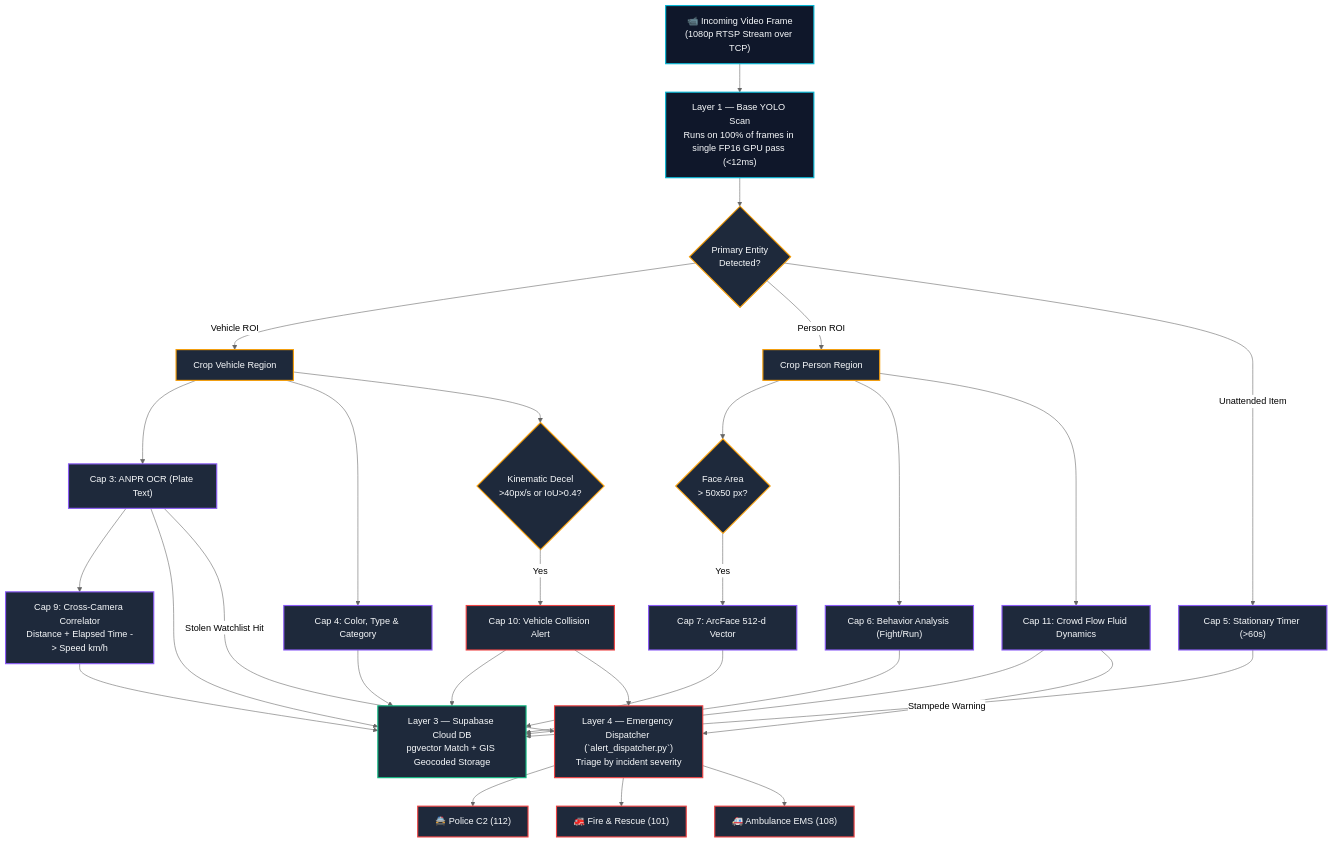
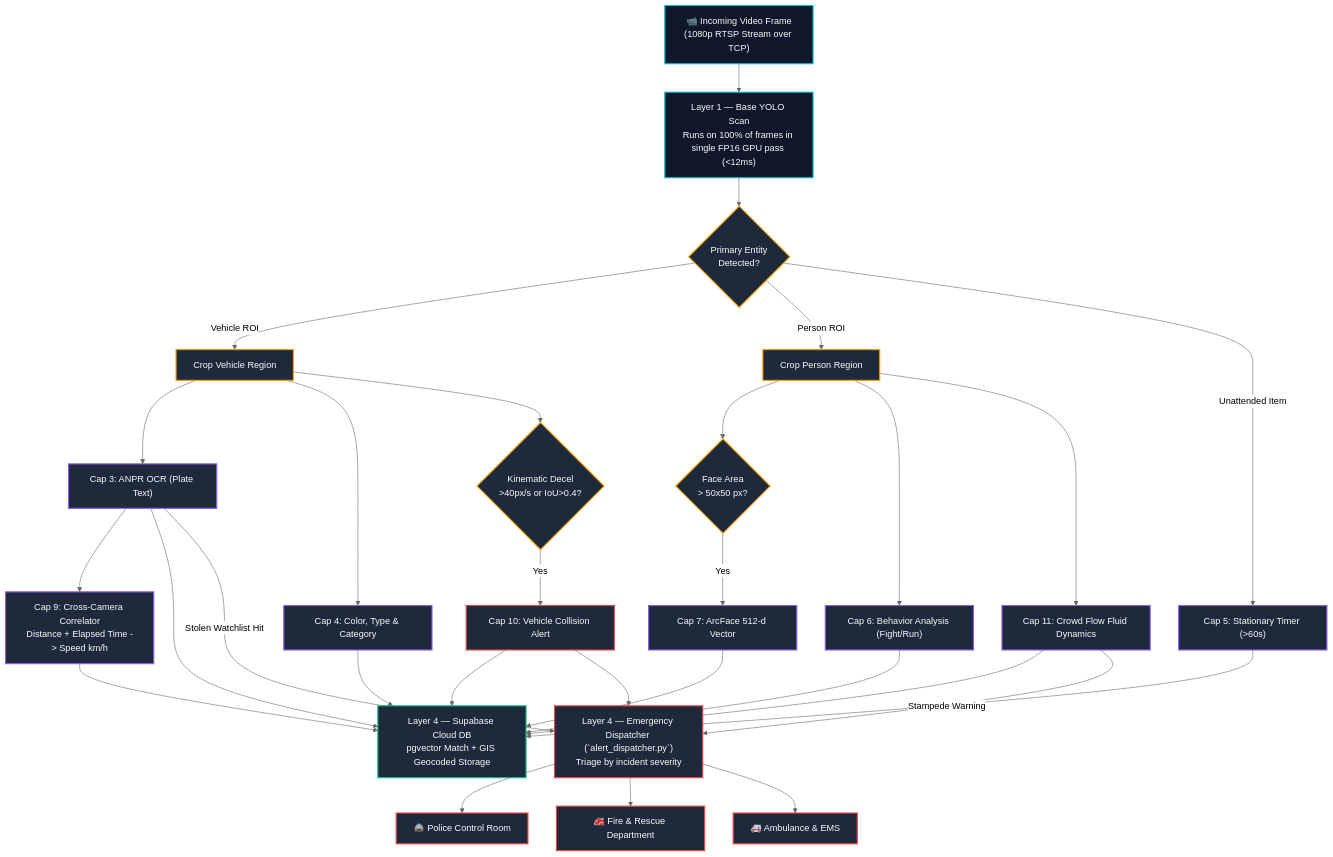
One commit to hpharsh17/gujarathackathon-sentinel-ai changed the third of 5 diagrams in SYSTEM_ARCHITECTURE.md. Above: the diagram before and after it, drawn with Mermaid (neutral theme). The commit also changed other lines of this file, not shown here.

````diff
--- a/SYSTEM_ARCHITECTURE.md
+++ b/SYSTEM_ARCHITECTURE.md
@@ -172,43 +172,43 @@
 ```mermaid
 flowchart TD
     classDef base fill:#0F172A,stroke:#06B6D4,stroke-width:2px,color:#F8FAFC;
     classDef trigger fill:#1E293B,stroke:#F59E0B,stroke-width:2px,color:#F8FAFC;
     classDef model fill:#1E293B,stroke:#8B5CF6,stroke-width:2px,color:#F8FAFC;
     classDef db fill:#1E293B,stroke:#10B981,stroke-width:2px,color:#F8FAFC;
     classDef dispatch fill:#1E293B,stroke:#EF4444,stroke-width:2px,color:#F8FAFC;
 
     Frame["📹 Incoming Video Frame\n(1080p RTSP Stream over TCP)"]:::base --> L1["Layer 1 — Base YOLO Scan\nRuns on 100% of frames in single FP16 GPU pass (<12ms)"]:::base
 
     L1 --> R{"Primary Entity\nDetected?"}:::trigger
 
     %% Vehicle Path
     R -->|Vehicle ROI| VB["Crop Vehicle Region"]:::trigger
     VB --> ANPR["Cap 3: ANPR OCR (Plate Text)"]:::model
     VB --> Attr["Cap 4: Color, Type & Category"]:::model
     VB --> CrashCheck{"Kinematic Decel\n>40px/s or IoU>0.4?"}:::trigger
     CrashCheck -->|Yes| CrashAlert["Cap 10: Vehicle Collision Alert"]:::dispatch
 
     %% Person Path
     R -->|Person ROI| PB["Crop Person Region"]:::trigger
     PB --> FaceCheck{"Face Area\n> 50x50 px?"}:::trigger
     FaceCheck -->|Yes| FR["Cap 7: ArcFace 512-d Vector"]:::model
     PB --> Pose["Cap 6: Behavior Analysis (Fight/Run)"]:::model
     PB --> Flow["Cap 11: Crowd Flow Fluid Dynamics"]:::model
 
     %% Object Path
     R -->|Unattended Item| OB["Cap 5: Stationary Timer (>60s)"]:::model
 
     %% Corridor correlation
     ANPR --> CC["Cap 9: Cross-Camera Correlator\nDistance + Elapsed Time -> Speed km/h"]:::model
     
-    ANPR & Attr & FR & Pose & CrashAlert & Flow & OB & CC --> Supa["Layer 3 — Supabase Cloud DB\npgvector Match + GIS Geocoded Storage"]:::db
+    ANPR & Attr & FR & Pose & CrashAlert & Flow & OB & CC --> Supa["Layer 4 — Supabase Cloud DB\npgvector Match + GIS Geocoded Storage"]:::db
 
     %% Automated Emergency Dispatch
     CrashAlert --> Dispatcher["Layer 4 — Emergency Dispatcher (`alert_dispatcher.py`)\nTriage by incident severity"]:::dispatch
     Flow -->|Stampede Warning| Dispatcher
     ANPR -->|Stolen Watchlist Hit| Dispatcher
 
-    Dispatcher --> P_Out["🚔 Police C2 (112)"]:::dispatch
-    Dispatcher --> F_Out["🚒 Fire & Rescue (101)"]:::dispatch
-    Dispatcher --> A_Out["🚑 Ambulance EMS (108)"]:::dispatch
+    Dispatcher --> P_Out["🚔 Police Control Room"]:::dispatch
+    Dispatcher --> F_Out["🚒 Fire & Rescue Department"]:::dispatch
+    Dispatcher --> A_Out["🚑 Ambulance & EMS"]:::dispatch
 ```
````
